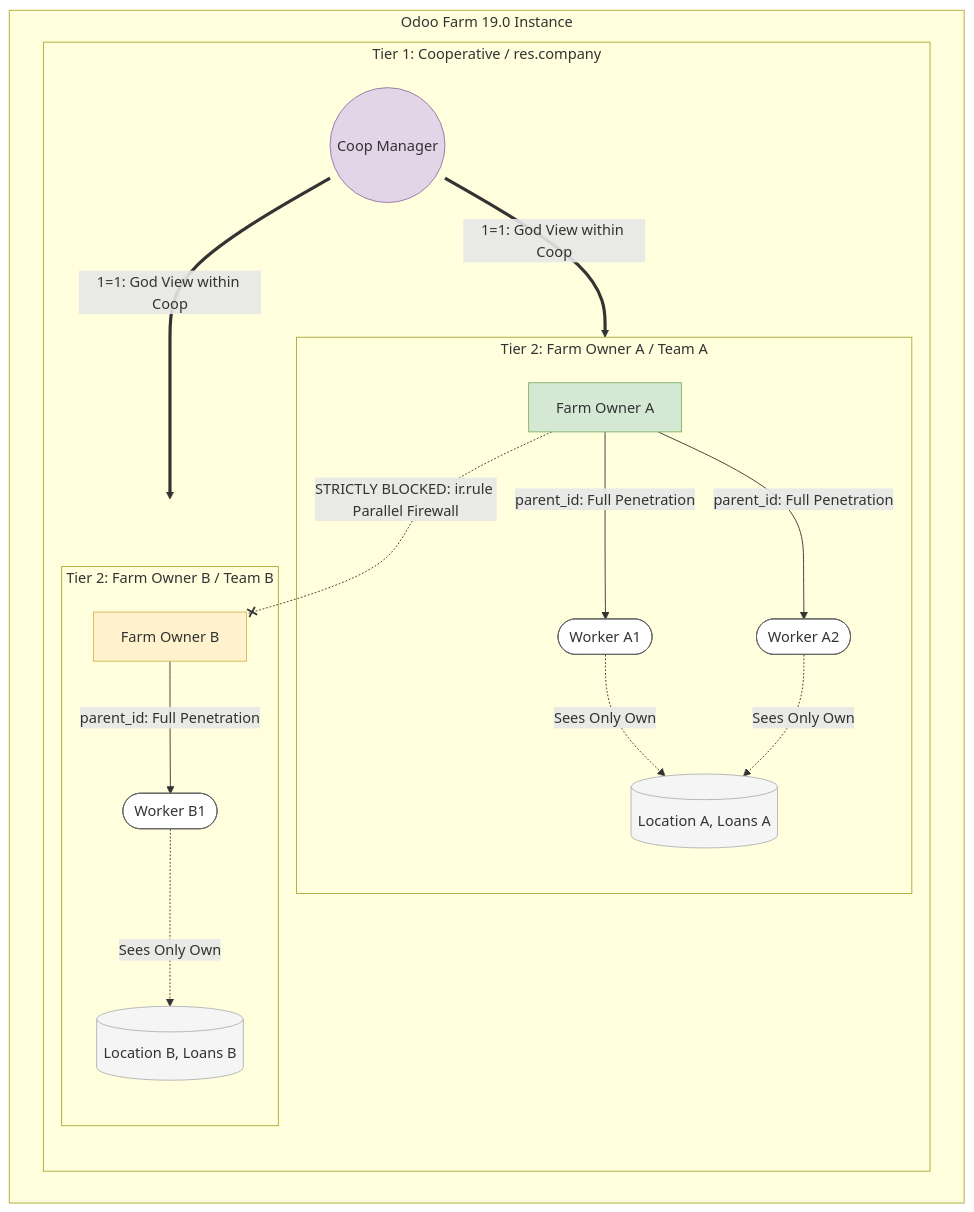
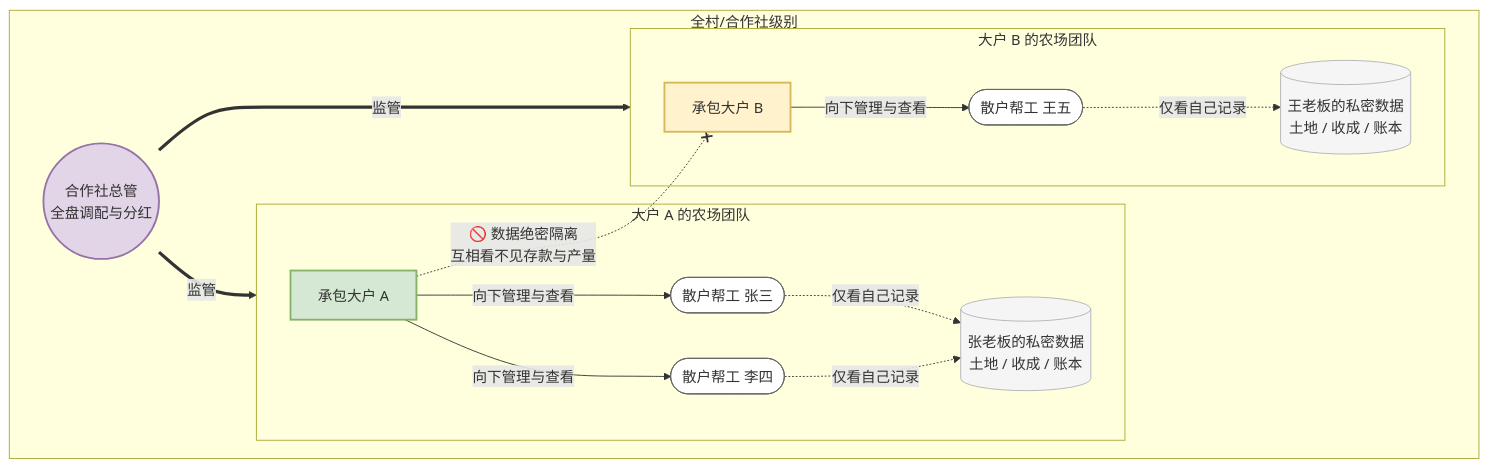
The third of 4 diagrams in README.md (jeffery9/odoo-farm), drawn with Mermaid before and after one commit. The commit also changed other lines of this file, not shown here.

Commit message:
docs: rewrite the 'Data Isolation' section in plain business language to make it accessible for non-technical stakeholders
- Replaced technical jargon ('ir.rule', 'RLS', 'parent_id') with easily understandable terms like '坚如磐石的数据隐私' (Absolute Data Privacy).
- Redesigned the Mermaid architecture diagram to use intuitive, localized Chinese labels (e.g., '合作社总管', '承包大户 A', '散户帮工', '🚫 数据绝密隔离').
- This ensures that when cooperative leaders or investors read the repository landing page, they immediately grasp the socio-economic value of the feature (preventing 'red-eye syndrome' and privacy leaks) without needing an IT background.

````diff
--- a/README.md
+++ b/README.md
@@ -108,42 +110,40 @@
 ```mermaid
 graph TD
-    subgraph Odoo_Instance [Odoo Farm 19.0 Instance]
-        subgraph Coop [Tier 1: Cooperative / res.company]
-            Manager((Coop Manager))
+    subgraph Coop [全村/合作社级别]
+        Manager((合作社总管<br>全盘调配与分红))
+        
+        subgraph Farm_A [大户 A 的农场团队]
+            OwnerA[承包大户 A]
+            WorkerA1([散户帮工 张三])
+            WorkerA2([散户帮工 李四])
+            DB_A[(张老板的私密数据<br>土地 / 收成 / 账本)]
             
-            subgraph Farm_A [Tier 2: Farm Owner A / Team A]
-                OwnerA[Farm Owner A]
-                WorkerA1([Worker A1])
-                WorkerA2([Worker A2])
-                DB_A[(Location A, Loans A)]
-                
-                OwnerA -->|parent_id: Full Penetration| WorkerA1
-                OwnerA -->|parent_id: Full Penetration| WorkerA2
-                WorkerA1 -.->|Sees Only Own| DB_A
-                WorkerA2 -.->|Sees Only Own| DB_A
-            end
+            OwnerA -->|向下管理与查看| WorkerA1
+            OwnerA -->|向下管理与查看| WorkerA2
+            WorkerA1 -.->|仅看自己记录| DB_A
+            WorkerA2 -.->|仅看自己记录| DB_A
+        end
+        
+        subgraph Farm_B [大户 B 的农场团队]
+            OwnerB[承包大户 B]
+            WorkerB1([散户帮工 王五])
+            DB_B[(王老板的私密数据<br>土地 / 收成 / 账本)]
             
-            subgraph Farm_B [Tier 2: Farm Owner B / Team B]
-                OwnerB[Farm Owner B]
-                WorkerB1([Worker B1])
-                DB_B[(Location B, Loans B)]
-                
-                OwnerB -->|parent_id: Full Penetration| WorkerB1
-                WorkerB1 -.->|Sees Only Own| DB_B
-            end
-            
-            Manager ==>|1=1: God View within Coop| Farm_A
-            Manager ==>|1=1: God View within Coop| Farm_B
-            OwnerA -.-x|STRICTLY BLOCKED: ir.rule Parallel Firewall| OwnerB
+            OwnerB -->|向下管理与查看| WorkerB1
+            WorkerB1 -.->|仅看自己记录| DB_B
         end
+        
+        Manager ==>|监管| Farm_A
+        Manager ==>|监管| Farm_B
+        OwnerA -.-x|🚫 数据绝密隔离<br>互相看不见存款与产量| OwnerB
     end
     
-    style Manager fill:#e1d5e7,stroke:#9673a6
-    style OwnerA fill:#d5e8d4,stroke:#82b366
-    style OwnerB fill:#fff2cc,stroke:#d6b656
+    style Manager fill:#e1d5e7,stroke:#9673a6,stroke-width:2px
+    style OwnerA fill:#d5e8d4,stroke:#82b366,stroke-width:2px
+    style OwnerB fill:#fff2cc,stroke:#d6b656,stroke-width:2px
     style WorkerA1 fill:#ffffff,stroke:#666666
     style WorkerA2 fill:#ffffff,stroke:#666666
     style WorkerB1 fill:#ffffff,stroke:#666666
     style DB_A fill:#f5f5f5,stroke:#b3b3b3
     style DB_B fill:#f5f5f5,stroke:#b3b3b3
 ```
````
